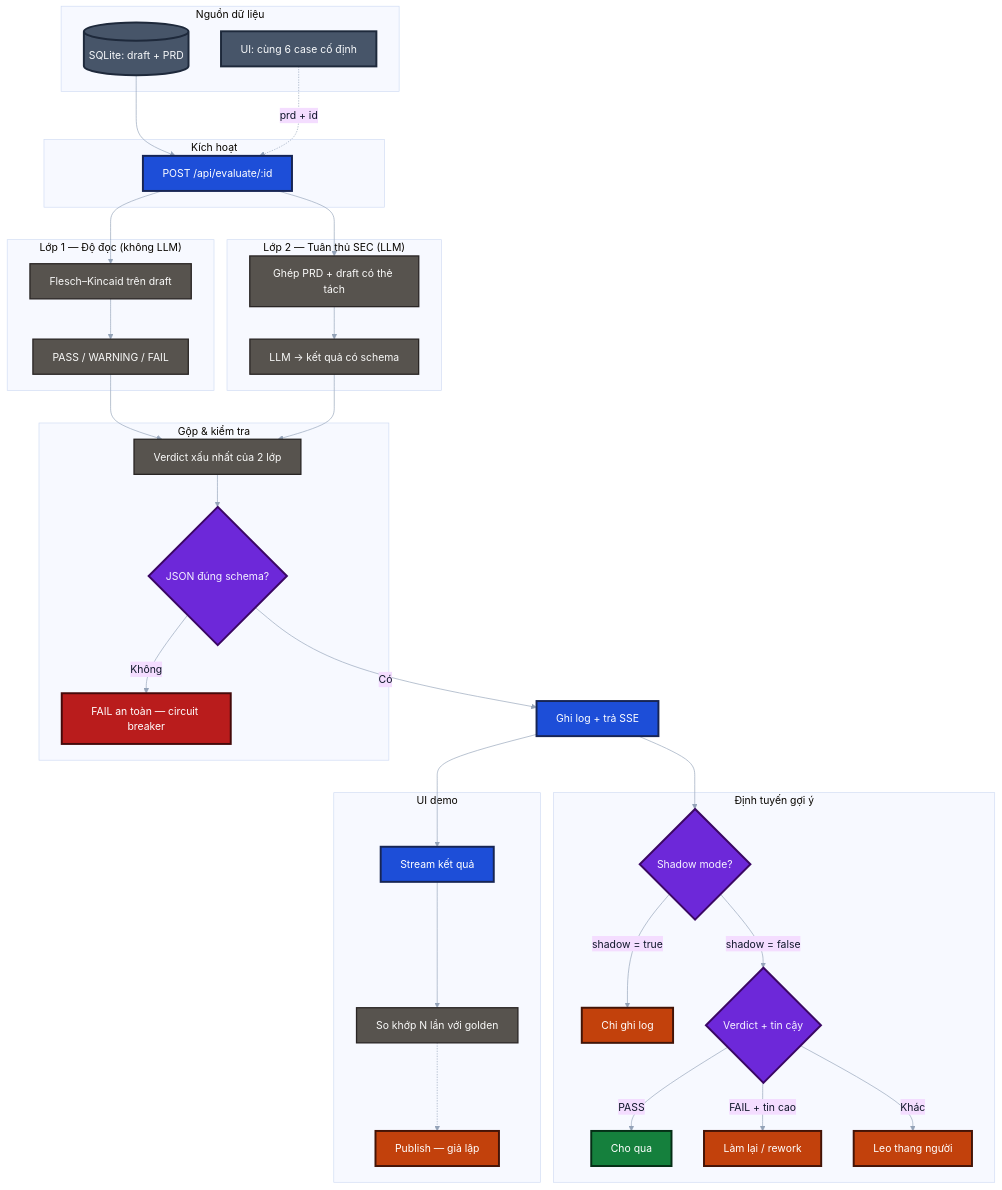
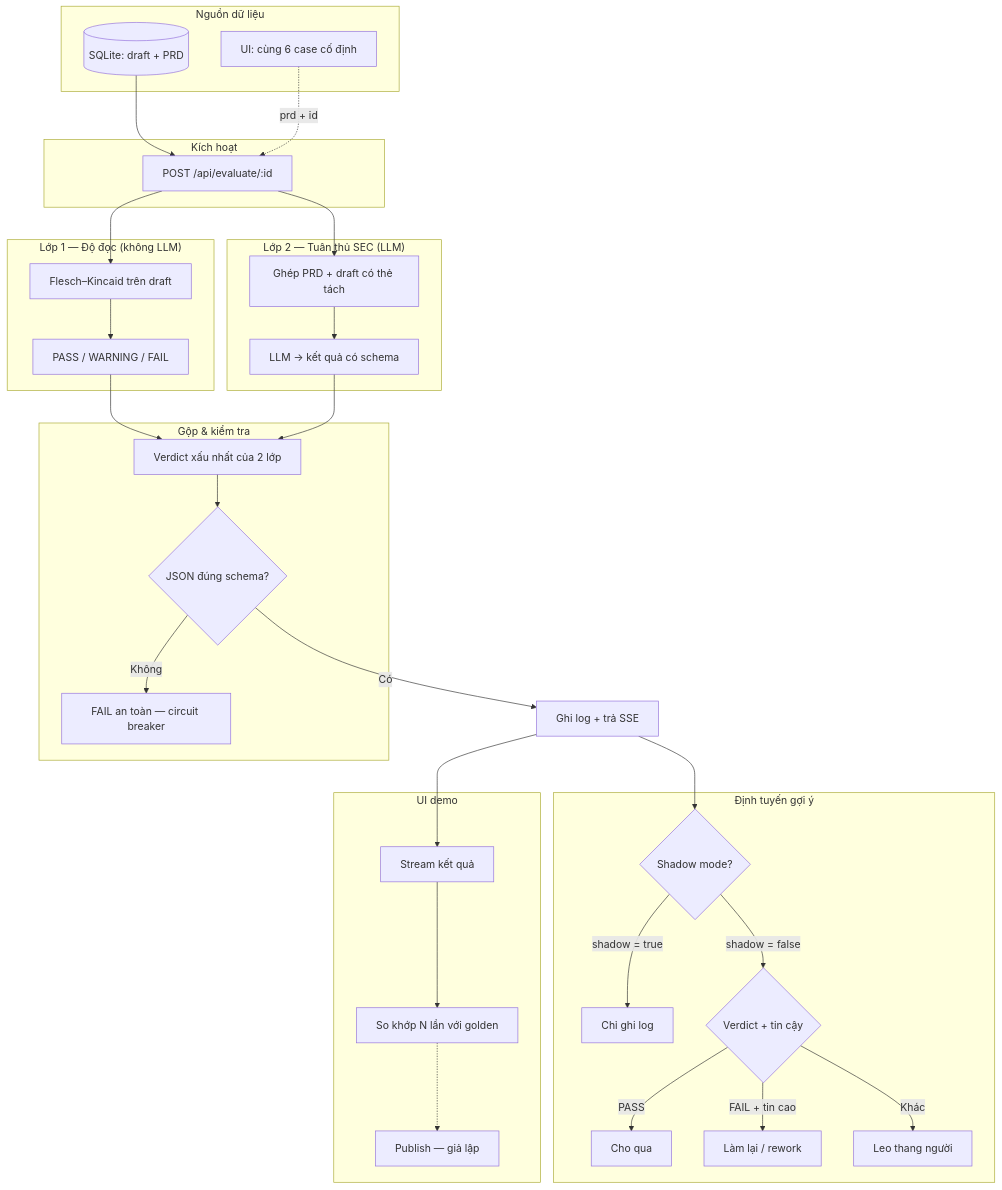
Before and after one commit to Tritintruong114/ai-agents-qa: the first of 8 diagrams in README.md, drawn with Mermaid. The commit also changed other lines of this file, not shown here.

First line of the commit message:
docs(readme): simplify Mermaid diagrams (remove theme, classDef, node classes)

````diff
--- a/README.md
+++ b/README.md
@@ -110,76 +108,68 @@
 ```mermaid
-%%{init: {'theme':'base', 'themeVariables': {'lineColor': '#94a3b8', 'primaryTextColor': '#0f172a'}}}%%
 flowchart TD
-    classDef pass fill:#15803d,stroke:#052e16,color:#ffffff,stroke-width:3px;
-    classDef fail fill:#b91c1c,stroke:#450a0a,color:#ffffff,stroke-width:3px;
-    classDef warn fill:#c2410c,stroke:#431407,color:#ffffff,stroke-width:3px;
-    classDef db fill:#475569,stroke:#1e293b,color:#f8fafc,stroke-width:3px;
-    classDef neutral fill:#1d4ed8,stroke:#172554,color:#ffffff,stroke-width:3px;
-    classDef step fill:#57534e,stroke:#292524,color:#fafaf9,stroke-width:2px;
-    classDef decision fill:#6d28d9,stroke:#3b0764,color:#f5f3ff,stroke-width:3px;
 
     subgraph SRC["Nguồn dữ liệu"]
-        TC[(SQLite: draft + PRD)]:::db
-        UI[UI: cùng 6 case cố định]:::db
+        TC[(SQLite: draft + PRD)]
+        UI[UI: cùng 6 case cố định]
     end
 
     subgraph TRG["Kích hoạt"]
-        API["POST /api/evaluate/:id"]:::neutral
+        API["POST /api/evaluate/:id"]
     end
 
     TC --> API
     UI -.->|prd + id| API
 
     subgraph D08["Lớp 1 — Độ đọc (không LLM)"]
-        R1[Flesch–Kincaid trên draft]:::step
-        R2[PASS / WARNING / FAIL]:::step
+        R1[Flesch–Kincaid trên draft]
+        R2[PASS / WARNING / FAIL]
         R1 --> R2
     end
 
     subgraph D03["Lớp 2 — Tuân thủ SEC (LLM)"]
-        W[Ghép PRD + draft có thẻ tách]:::step
-        LLM[LLM → kết quả có schema]:::step
+        W[Ghép PRD + draft có thẻ tách]
+        LLM[LLM → kết quả có schema]
         W --> LLM
     end
 
     API --> R1
     API --> W
 
     subgraph MERGE["Gộp & kiểm tra"]
-        M[Verdict xấu nhất của 2 lớp]:::step
-        V{JSON đúng schema?}:::decision
-        CB[FAIL an toàn — circuit breaker]:::fail
+        M[Verdict xấu nhất của 2 lớp]
+        V{JSON đúng schema?}
+        CB[FAIL an toàn — circuit breaker]
     end
 
     R2 --> M
     LLM --> M
     M --> V
     V -->|Không| CB
-    V -->|Có| OUT[Ghi log + trả SSE]:::neutral
+    V -->|Có| OUT[Ghi log + trả SSE]
 
     subgraph ROUTE["Định tuyến gợi ý"]
-        SM{Shadow mode?}:::decision
-        SH[Chỉ ghi log]:::warn
-        P2{Verdict + tin cậy}:::decision
-        AP[Cho qua]:::pass
-        AR[Làm lại / rework]:::warn
-        ES[Leo thang người]:::warn
+        SM{Shadow mode?}
+        SH[Chỉ ghi log]
+        P2{Verdict + tin cậy}
+        AP[Cho qua]
+        AR[Làm lại / rework]
+        ES[Leo thang người]
     end
 
     OUT --> SM
     SM -->|shadow = true| SH
     SM -->|shadow = false| P2
     P2 -->|PASS| AP
     P2 -->|FAIL + tin cao| AR
     P2 -->|Khác| ES
 
     subgraph UI2["UI demo"]
-        SSE[Stream kết quả]:::neutral
-        STAB[So khớp N lần với golden]:::step
-        PUB[Publish — giả lập]:::warn
+        SSE[Stream kết quả]
+        STAB[So khớp N lần với golden]
+        PUB[Publish — giả lập]
     end
 
     OUT --> SSE
     SSE --> STAB
     STAB -.-> PUB
 ```
````
